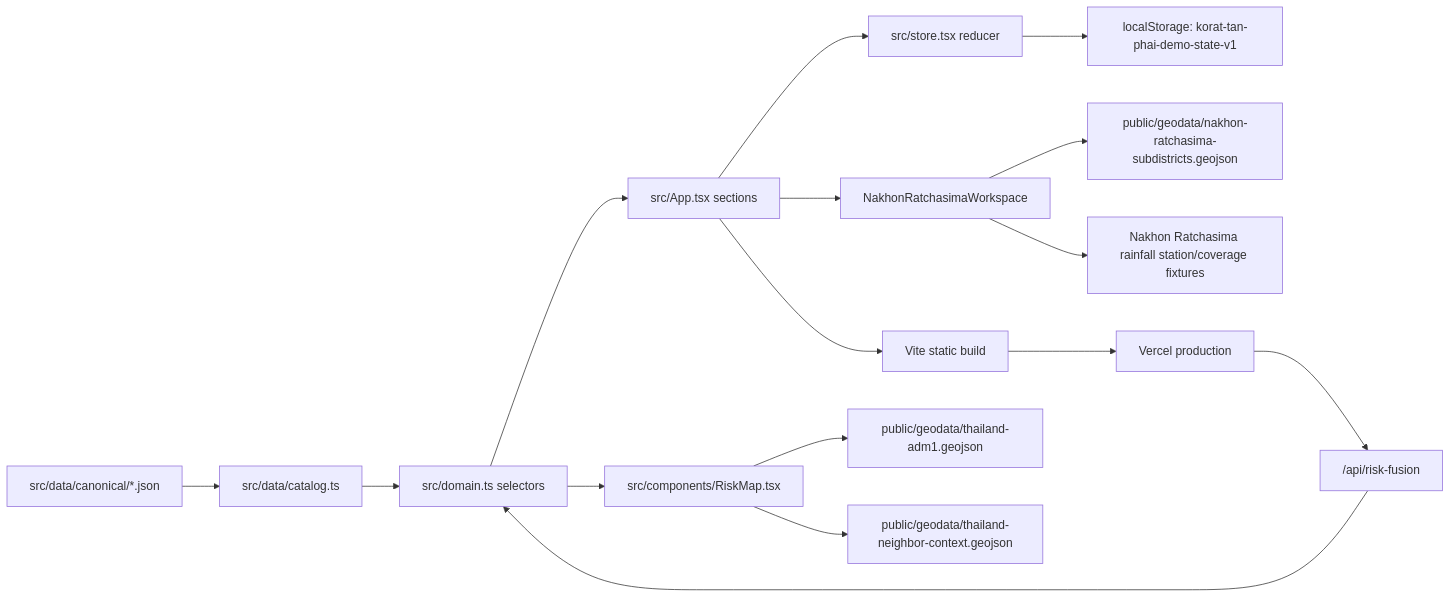
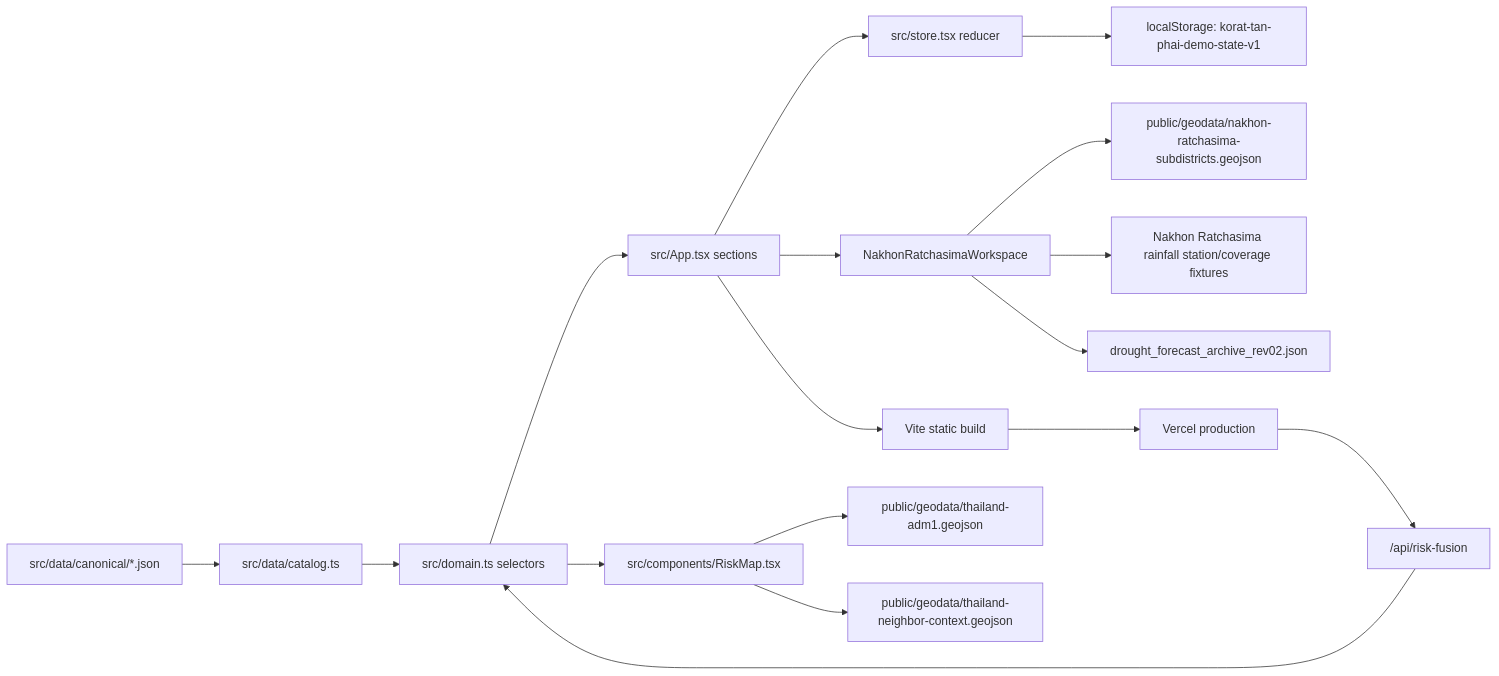
One commit to purichw/korattanphai changed the diagram in PROJECT_MAP.md. Above: the diagram before and after it, drawn with Mermaid. The commit also changed other lines of this file and 6 other files, not shown here.

````diff
--- a/PROJECT_MAP.md
+++ b/PROJECT_MAP.md
@@ -224,18 +238,19 @@
 ```mermaid
 flowchart LR
   A["src/data/canonical/*.json"] --> B["src/data/catalog.ts"]
   B --> C["src/domain.ts selectors"]
   C --> D["src/App.tsx sections"]
   C --> E["src/components/RiskMap.tsx"]
   D --> F["src/store.tsx reducer"]
   F --> G["localStorage: korat-tan-phai-demo-state-v1"]
   E --> H["public/geodata/thailand-adm1.geojson"]
   E --> K["public/geodata/thailand-neighbor-context.geojson"]
   D --> M["NakhonRatchasimaWorkspace"]
   M --> N["public/geodata/nakhon-ratchasima-subdistricts.geojson"]
   M --> O["Nakhon Ratchasima rainfall station/coverage fixtures"]
+  M --> P["drought_forecast_archive_rev02.json"]
   D --> I["Vite static build"]
   I --> J["Vercel production"]
   J --> L["/api/risk-fusion"]
   L --> C
 ```
````
